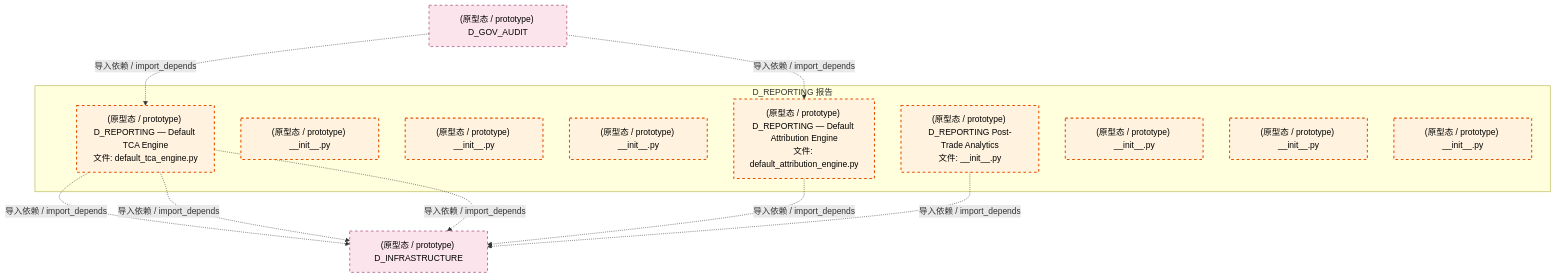
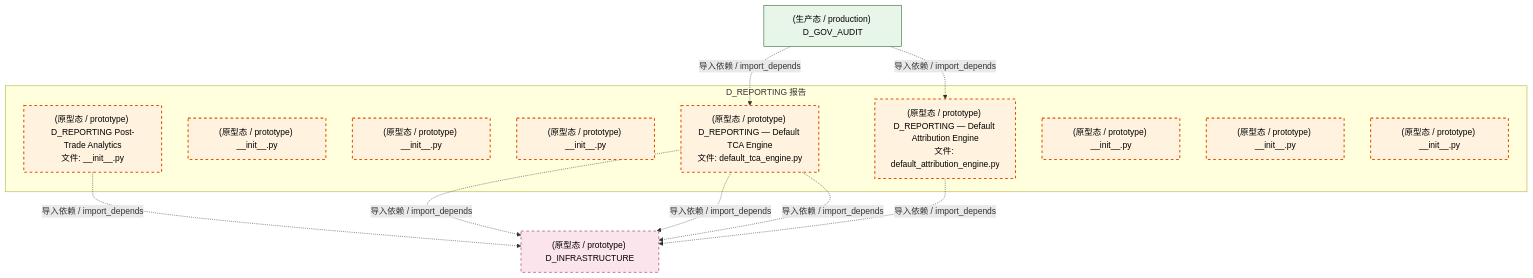
Before and after one commit to xuanFelixVan/ZephyrAlpha: the third of 4 diagrams in docs/02_enterprise_architecture/02_domain_architecture_docs/23_d_reporting.md, drawn with Mermaid. The commit also changed other lines of this file and 126 other files, not shown here.

````diff
--- a/docs/02_enterprise_architecture/02_domain_architecture_docs/23_d_reporting.md
+++ b/docs/02_enterprise_architecture/02_domain_architecture_docs/23_d_reporting.md
@@ -154,29 +153,30 @@
 ```mermaid
 graph TD
     subgraph D_REPORTING["D_REPORTING 报告"]
         src_zephyr_reporting_init_py["(原型态 / prototype) D_REPORTING Post-Trade Analytics<br/>文件: __init__.py"]
         src_zephyr_reporting_extensions_init_py["(原型态 / prototype) __init__.py"]
         src_zephyr_reporting_api_init_py["(原型态 / prototype) __init__.py"]
         src_zephyr_reporting_core_init_py["(原型态 / prototype) __init__.py"]
         src_zephyr_reporting_default_attribution_engine_py["(原型态 / prototype) D_REPORTING — Default Attribution Engine<br/>文件: default_attribution_engine.py"]
         src_zephyr_reporting_default_tca_engine_py["(原型态 / prototype) D_REPORTING — Default TCA Engine<br/>文件: default_tca_engine.py"]
         src_zephyr_reporting_infrastructure_init_py["(原型态 / prototype) __init__.py"]
         src_zephyr_reporting_models_init_py["(原型态 / prototype) __init__.py"]
         src_zephyr_reporting_services_init_py["(原型态 / prototype) __init__.py"]
     end
     D_INFRASTRUCTURE["(原型态 / prototype) D_INFRASTRUCTURE"]
     src_zephyr_reporting_default_tca_engine_py -.->|导入依赖 / import_depends| D_INFRASTRUCTURE
     src_zephyr_reporting_default_tca_engine_py -.->|导入依赖 / import_depends| D_INFRASTRUCTURE
-    src_zephyr_reporting_default_tca_engine_py -.->|导入依赖 / import_depends| D_INFRASTRUCTURE
     src_zephyr_reporting_default_attribution_engine_py -.->|导入依赖 / import_depends| D_INFRASTRUCTURE
     src_zephyr_reporting_init_py -.->|导入依赖 / import_depends| D_INFRASTRUCTURE
-    D_GOV_AUDIT["(原型态 / prototype) D_GOV_AUDIT"]
+    src_zephyr_reporting_default_tca_engine_py -.->|导入依赖 / import_depends| D_INFRASTRUCTURE
+    D_GOV_AUDIT["(生产态 / production) D_GOV_AUDIT"]
+    D_GOV_AUDIT -.->|导入依赖 / import_depends| src_zephyr_reporting_default_tca_engine_py
     D_GOV_AUDIT -.->|导入依赖 / import_depends| src_zephyr_reporting_default_attribution_engine_py
-    D_GOV_AUDIT -.->|导入依赖 / import_depends| src_zephyr_reporting_default_tca_engine_py
     classDef production fill:#e1f5fe,stroke:#01579b,stroke-width:2px,color:#000
     classDef design fill:#fff3e0,stroke:#e65100,stroke-width:2px,color:#000,stroke-dasharray: 5 5
     classDef external_prod fill:#e8f5e9,stroke:#1b5e20,stroke-width:1px,color:#000
     classDef external_design fill:#fce4ec,stroke:#880e4f,stroke-width:1px,color:#000,stroke-dasharray: 5 5
     class src_zephyr_reporting_init_py,src_zephyr_reporting_extensions_init_py,src_zephyr_reporting_api_init_py,src_zephyr_reporting_core_init_py,src_zephyr_reporting_default_attribution_engine_py,src_zephyr_reporting_default_tca_engine_py,src_zephyr_reporting_infrastructure_init_py,src_zephyr_reporting_models_init_py,src_zephyr_reporting_services_init_py design
-    class D_INFRASTRUCTURE,D_GOV_AUDIT external_design
+    class D_GOV_AUDIT external_prod
+    class D_INFRASTRUCTURE external_design
 ```
````
